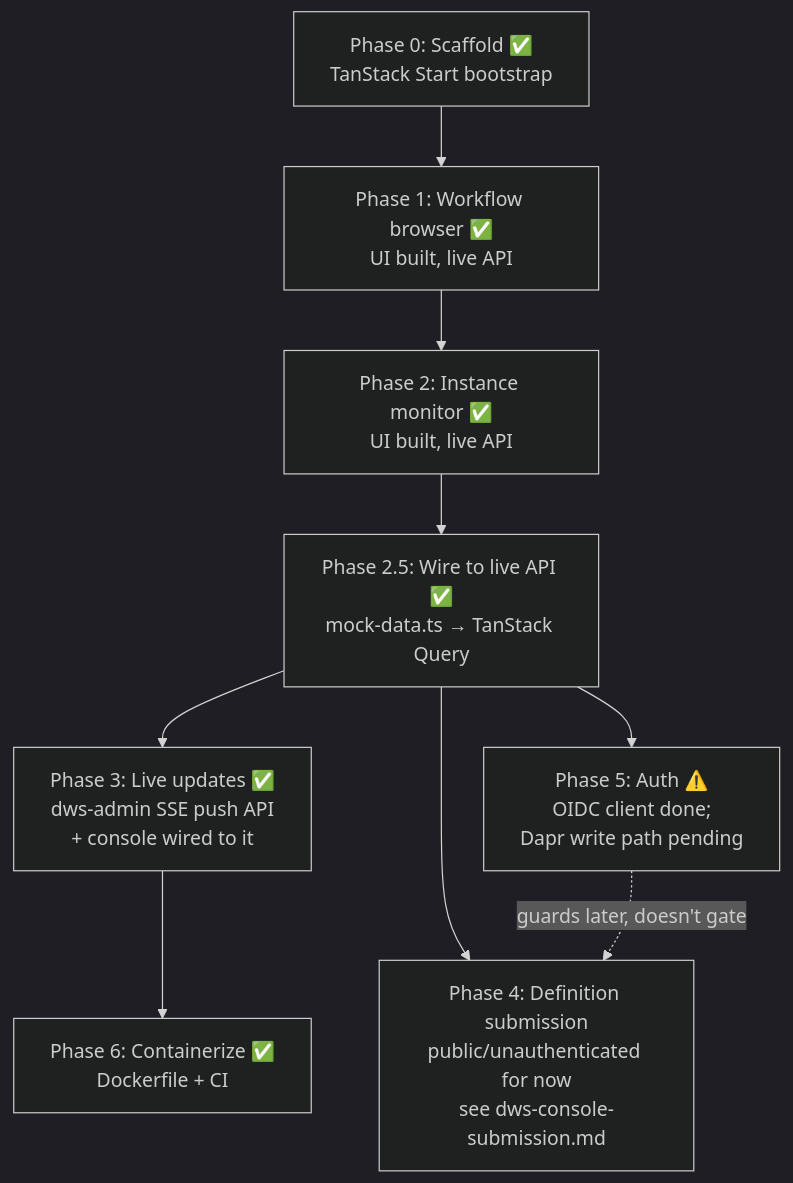
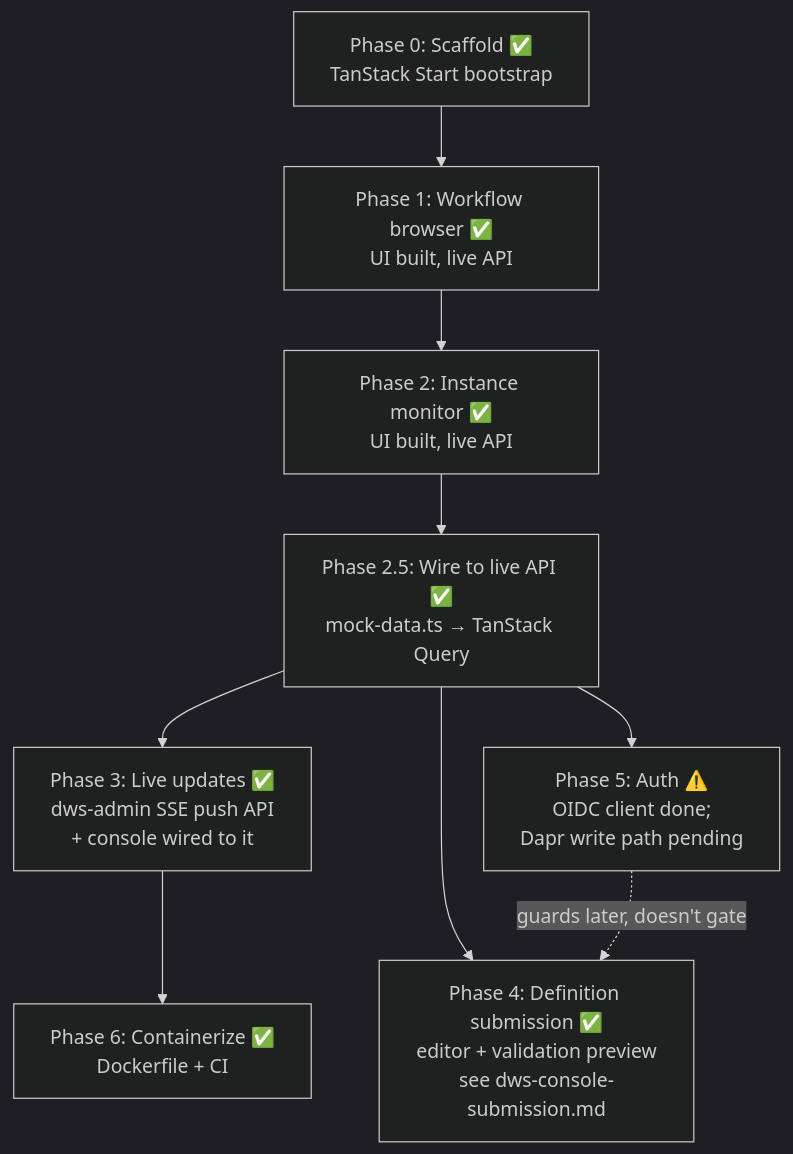
The diagram in docs/roadmaps/dws-console.md (tonylibs/dapr-workflow-spec), drawn with Mermaid (dark theme) before and after one commit. The commit also changed other lines of this file and 13 other files, not shown here.

````diff
--- a/docs/roadmaps/dws-console.md
+++ b/docs/roadmaps/dws-console.md
@@ -34,11 +35,11 @@
 ```mermaid
 flowchart TD
   P0["Phase 0: Scaffold ✅<br/>TanStack Start bootstrap"] --> P1["Phase 1: Workflow browser ✅<br/>UI built, live API"]
   P1 --> P2["Phase 2: Instance monitor ✅<br/>UI built, live API"]
   P2 --> P25["Phase 2.5: Wire to live API ✅<br/>mock-data.ts → TanStack Query"]
   P25 --> P3["Phase 3: Live updates ✅<br/>dws-admin SSE push API<br/>+ console wired to it"]
-  P25 --> P4["Phase 4: Definition submission<br/>public/unauthenticated for now<br/>see dws-console-submission.md"]
+  P25 --> P4["Phase 4: Definition submission ✅<br/>editor + validation preview<br/>see dws-console-submission.md"]
   P25 --> P5["Phase 5: Auth ⚠️<br/>OIDC client done;<br/>Dapr write path pending"]
   P3 --> P6["Phase 6: Containerize ✅<br/>Dockerfile + CI"]
   P5 -.guards later, doesn't gate.-> P4
 ```
````
